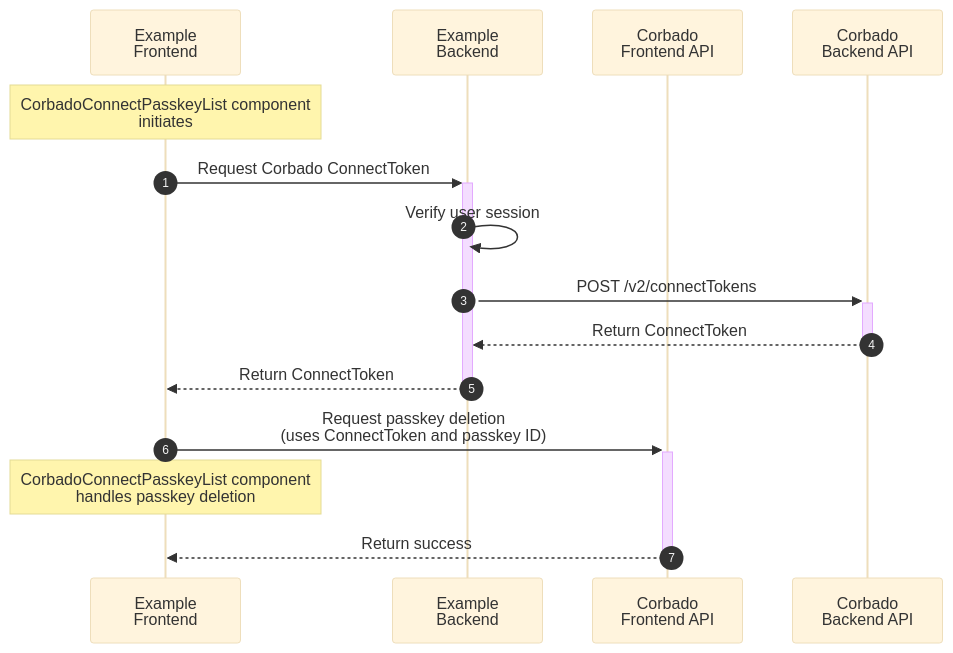
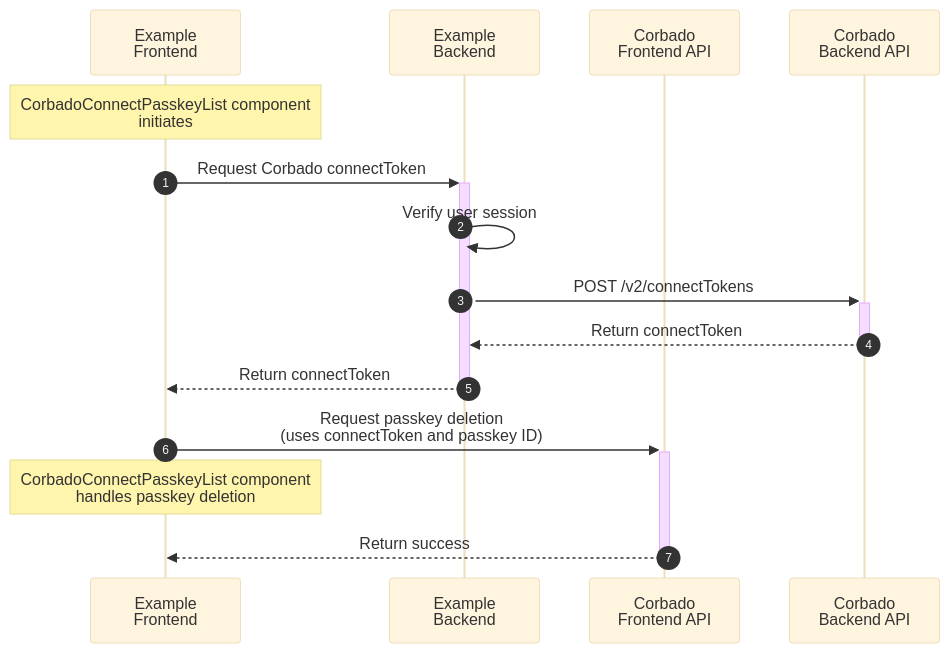
Before and after one commit to corbadotech/docs: the third of 3 diagrams in corbado-connect/integration/cognito.mdx, drawn with Mermaid (base theme). The commit also changed other lines of this file and 2 other files, not shown here.

Commit message:
Changed connect tokens links

````diff
--- a/corbado-connect/integration/cognito.mdx
+++ b/corbado-connect/integration/cognito.mdx
@@ -906,19 +906,19 @@
 ```mermaid
 sequenceDiagram
     autonumber
     participant ExampleFrontend as Example<br />Frontend
     participant ExampleBackend as Example<br />Backend
     participant FAPI as Corbado<br />Frontend API
     participant BAPI as Corbado<br />Backend API
 
     Note over ExampleFrontend: CorbadoConnectPasskeyList component<br />initiates
-    ExampleFrontend->>+ExampleBackend: Request Corbado ConnectToken
+    ExampleFrontend->>+ExampleBackend: Request Corbado connectToken
     ExampleBackend->>ExampleBackend: Verify user session
     ExampleBackend->>+BAPI: POST /v2/connectTokens
-    BAPI-->>-ExampleBackend: Return ConnectToken
-    ExampleBackend-->>-ExampleFrontend: Return ConnectToken
+    BAPI-->>-ExampleBackend: Return connectToken
+    ExampleBackend-->>-ExampleFrontend: Return connectToken
 
-    ExampleFrontend->>+FAPI: Request passkey deletion<br/>(uses ConnectToken and passkey ID)
+    ExampleFrontend->>+FAPI: Request passkey deletion<br/>(uses connectToken and passkey ID)
     Note over ExampleFrontend: CorbadoConnectPasskeyList component<br />handles passkey deletion
     FAPI-->>-ExampleFrontend: Return success
 ```
````
